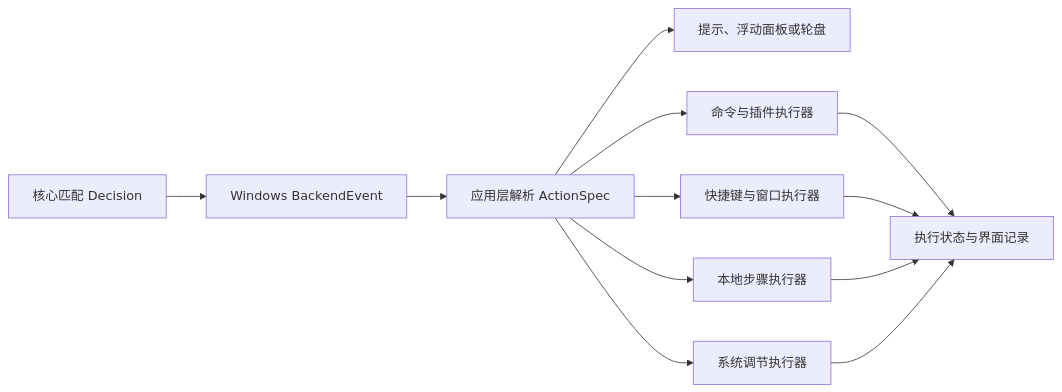
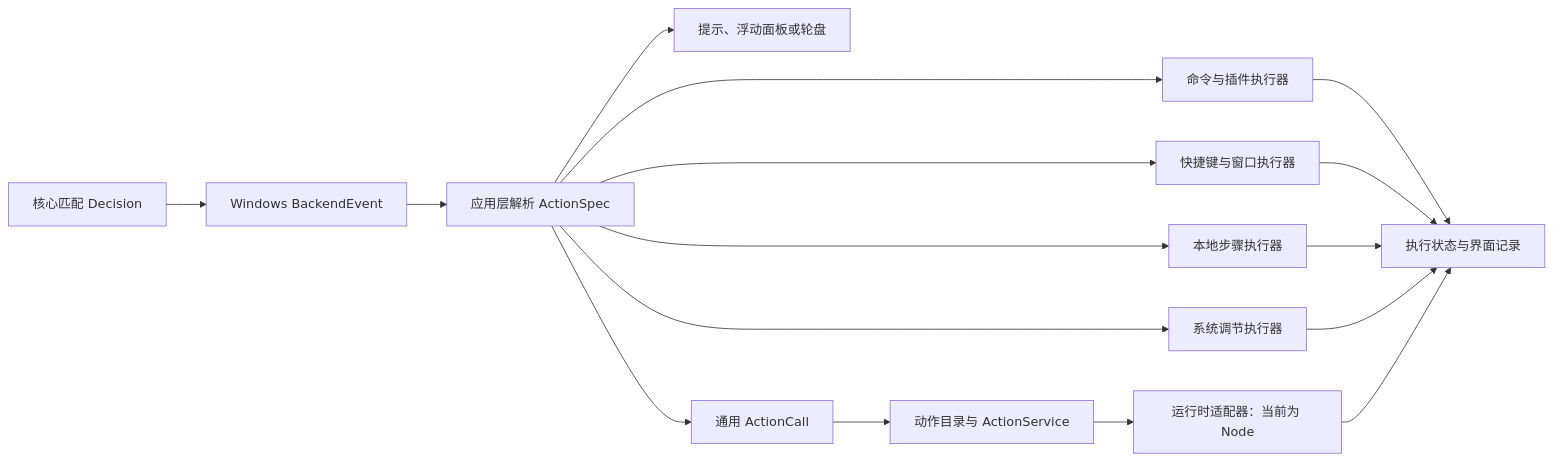
One commit to ceastld/omnitrigger changed the diagram in docs/EXECUTION_ARCHITECTURE.md. Above: the diagram before and after it, drawn with Mermaid. The commit also changed other lines of this file and 82 other files, not shown here.

````diff
--- a/docs/EXECUTION_ARCHITECTURE.md
+++ b/docs/EXECUTION_ARCHITECTURE.md
@@ -9,14 +9,18 @@
 ```mermaid
 flowchart LR
     E[核心匹配 Decision] --> B[Windows BackendEvent]
     B --> A[应用层解析 ActionSpec]
     A --> U[提示、浮动面板或轮盘]
     A --> C[命令与插件执行器]
     A --> K[快捷键与窗口执行器]
     A --> L[本地步骤执行器]
     A --> S[系统调节执行器]
+    A --> I[通用 ActionCall]
+    I --> V[动作目录与 ActionService]
+    V --> J[运行时适配器：当前为 Node]
     C --> R[执行状态与界面记录]
     K --> R
     L --> R
     S --> R
+    J --> R
 ```
````
